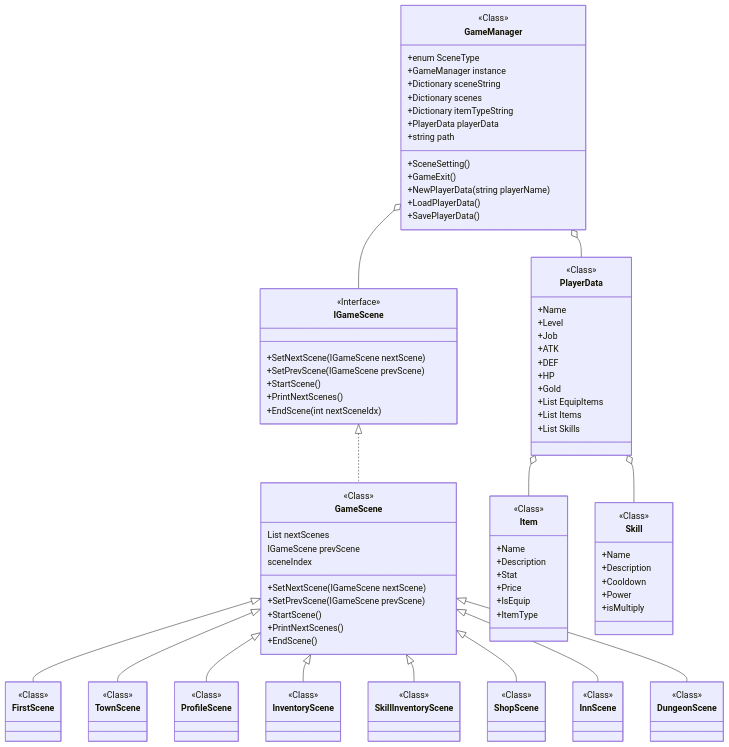
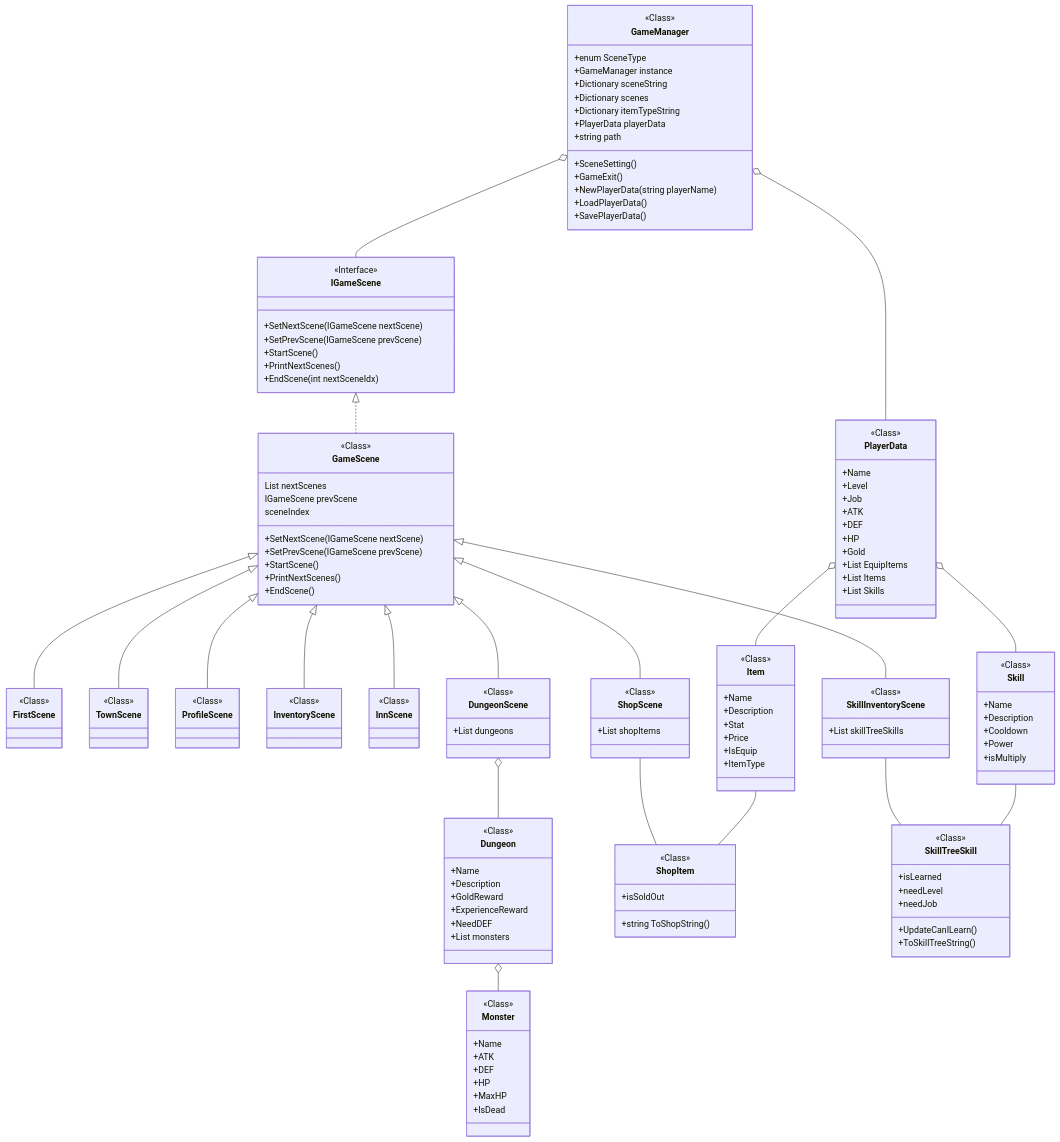
One commit to lhr4426/TextRPG changed the diagram in README.md. Above: the diagram before and after it, drawn with Mermaid.

````diff
--- a/README.md
+++ b/README.md
@@ -48,16 +48,7 @@
     class InventoryScene {
     }
 
-    class SkillInventoryScene {
-    }
-
-    class ShopScene {
-    }
-
     class InnScene {
-    }
-
-    class DungeonScene {
     }
 
     class Item {
@@ -92,6 +83,49 @@
 	    +SavePlayerData()
     }
 
+    class Dungeon {
+	    +Name
+	    +Description
+	    +GoldReward
+	    +ExperienceReward
+	    +NeedDEF
+	    +List monsters
+    }
+
+    class Monster {
+	    +Name
+	    +ATK
+	    +DEF
+	    +HP
+	    +MaxHP
+	    +IsDead
+    }
+
+    class ShopItem {
+	    +isSoldOut
+	    +string ToShopString()
+    }
+
+    class SkillTreeSkill {
+	    +isLearned
+	    +needLevel
+	    +needJob
+	    +UpdateCanILearn()
+	    +ToSkillTreeString()
+    }
+
+    class SkillInventoryScene {
+	    +List skillTreeSkills
+    }
+
+    class ShopScene {
+	    +List shopItems
+    }
+
+    class DungeonScene {
+	    +List dungeons
+    }
+
 	<<Interface>> IGameScene
 	<<Class>> PlayerData
 	<<Class>> GameScene
@@ -99,13 +133,17 @@
 	<<Class>> TownScene
 	<<Class>> ProfileScene
 	<<Class>> InventoryScene
-	<<Class>> SkillInventoryScene
-	<<Class>> ShopScene
 	<<Class>> InnScene
-	<<Class>> DungeonScene
 	<<Class>> Item
 	<<Class>> Skill
 	<<Class>> GameManager
+	<<Class>> Dungeon
+	<<Class>> Monster
+	<<Class>> ShopItem
+	<<Class>> SkillTreeSkill
+	<<Class>> SkillInventoryScene
+	<<Class>> ShopScene
+	<<Class>> DungeonScene
 
     GameManager o-- IGameScene
     GameManager o-- PlayerData
@@ -120,6 +158,13 @@
     GameScene <|-- DungeonScene
     PlayerData o-- Item
     PlayerData o-- Skill
+    DungeonScene o-- Dungeon
+    Dungeon o-- Monster
+    Item -- ShopItem
+    ShopScene -- ShopItem
+    Skill -- SkillTreeSkill
+    SkillInventoryScene -- SkillTreeSkill
+
 
 
 ```
````
